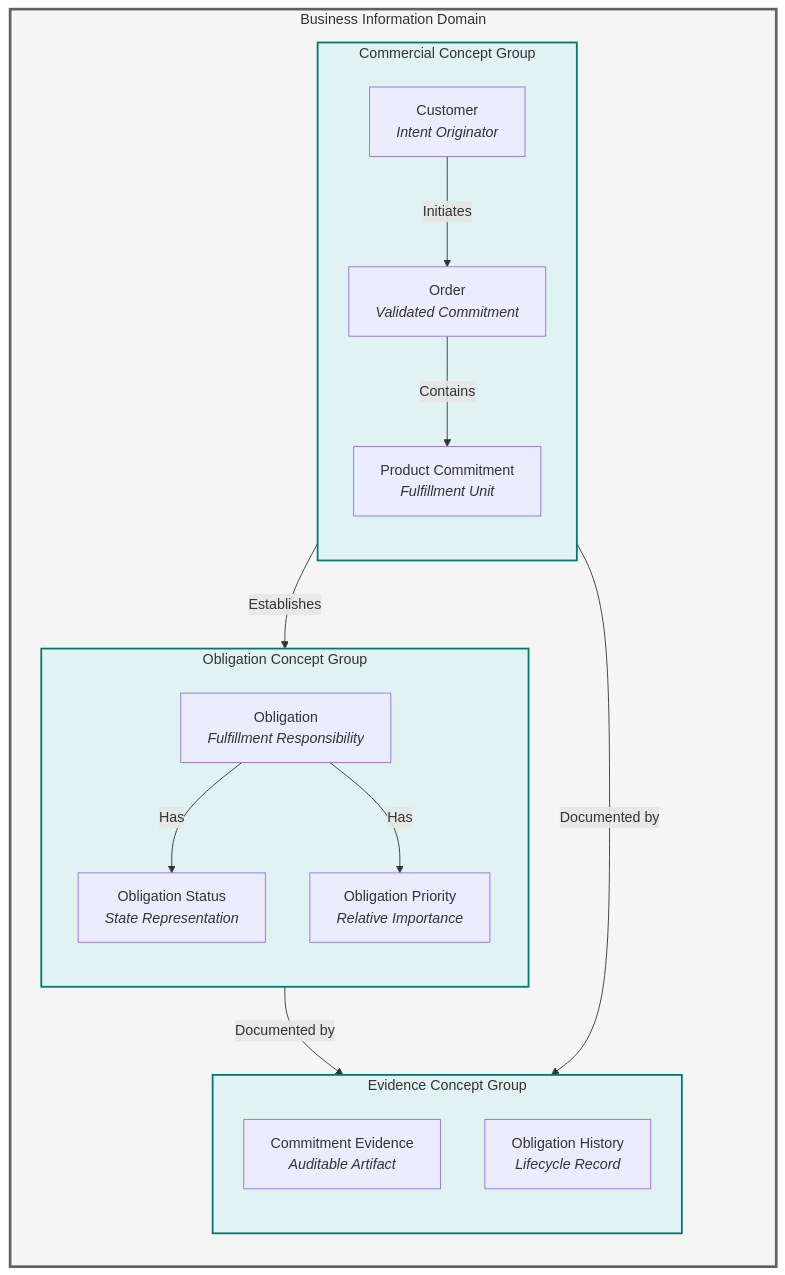
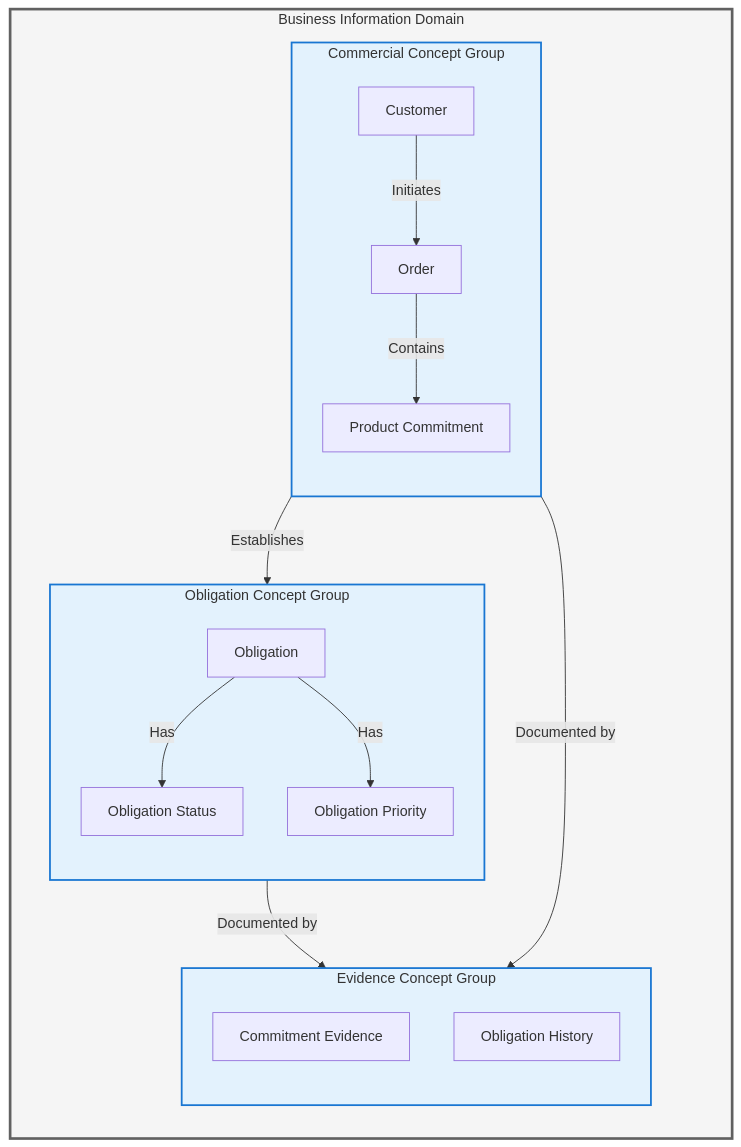
The seventh of 7 diagrams in docs/architecture/01-business-architecture.md (Evilazaro/Azure-LogicApps-Monitoring), drawn with Mermaid before and after one commit. The commit also changed other lines of this file, not shown here.

Commit message:
Refactor Business Architecture document: standardize color coding across diagrams for visual consistency

````diff
--- a/docs/architecture/01-business-architecture.md
+++ b/docs/architecture/01-business-architecture.md
@@ -906,40 +906,40 @@
 ```mermaid
 flowchart TB
     subgraph Information_Domain["Business Information Domain"]
         direction TB
 
         subgraph Commercial_Concepts["Commercial Concept Group"]
             direction TB
-            Customer["Customer<br/><i>Intent Originator</i>"]
-            Order["Order<br/><i>Validated Commitment</i>"]
-            Product["Product Commitment<br/><i>Fulfillment Unit</i>"]
+            Customer["Customer"]
+            Order["Order"]
+            Product["Product Commitment"]
         end
 
         subgraph Obligation_Concepts["Obligation Concept Group"]
             direction TB
-            Obligation["Obligation<br/><i>Fulfillment Responsibility</i>"]
-            Status["Obligation Status<br/><i>State Representation</i>"]
-            Priority["Obligation Priority<br/><i>Relative Importance</i>"]
+            Obligation["Obligation"]
+            Status["Obligation Status"]
+            Priority["Obligation Priority"]
         end
 
         subgraph Evidence_Concepts["Evidence Concept Group"]
             direction TB
-            Evidence["Commitment Evidence<br/><i>Auditable Artifact</i>"]
-            History["Obligation History<br/><i>Lifecycle Record</i>"]
+            Evidence["Commitment Evidence"]
+            History["Obligation History"]
         end
 
         Customer -->|Initiates| Order
         Order -->|Contains| Product
         Order -->|Establishes| Obligation
         Obligation -->|Has| Status
         Obligation -->|Has| Priority
         Order -->|Documented by| Evidence
         Obligation -->|Documented by| History
     end
 
     classDef level1 fill:#f5f5f5,stroke:#616161,stroke-width:3px
-    classDef level2 fill:#e0f2f1,stroke:#00796b,stroke-width:2px
+    classDef level2 fill:#e3f2fd,stroke:#1976d2,stroke-width:2px
 
     class Information_Domain level1
     class Commercial_Concepts,Obligation_Concepts,Evidence_Concepts level2
 ```
````
